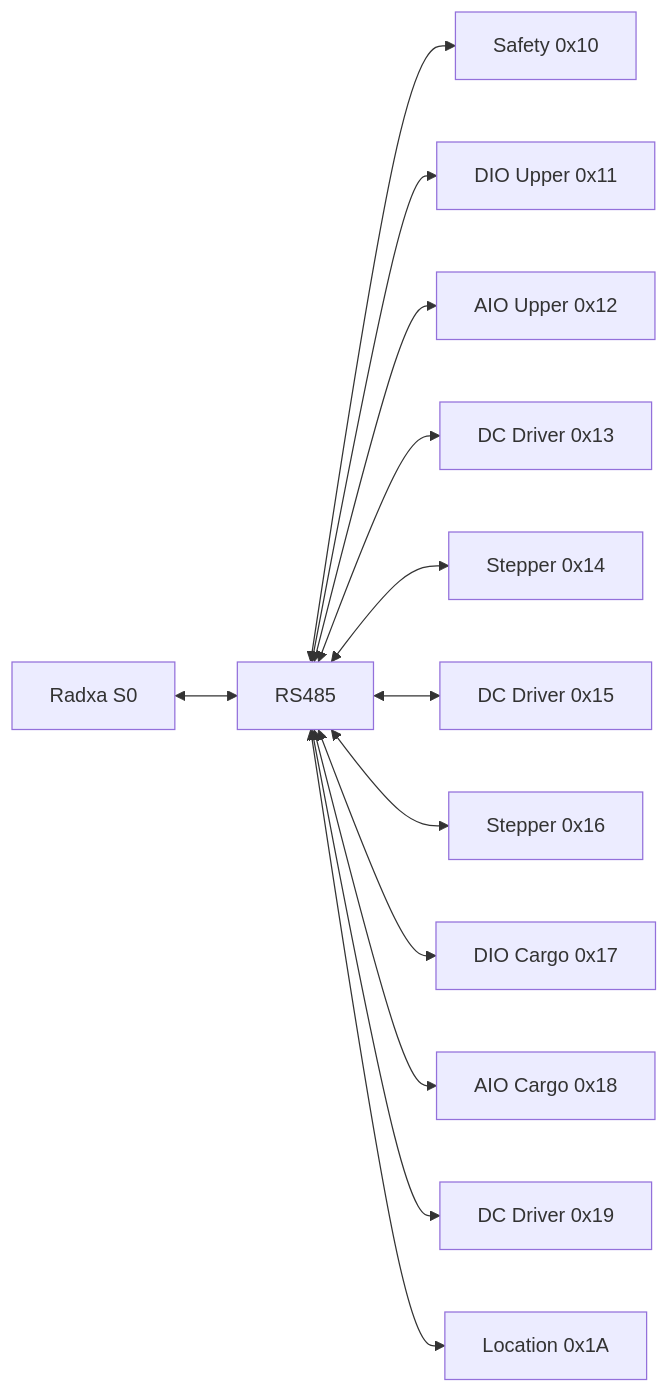
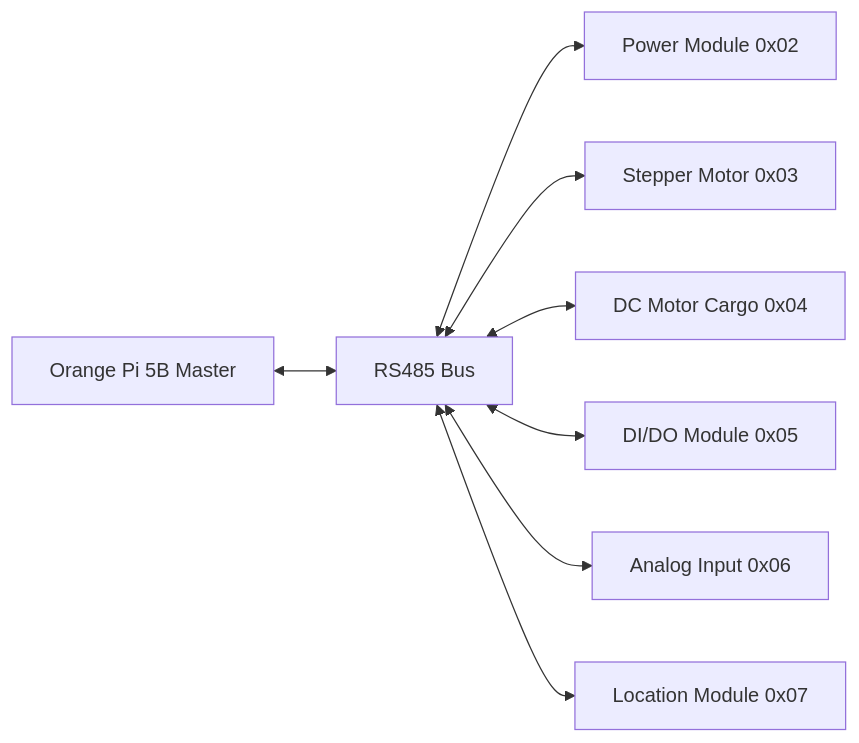
One commit to kimlam2010/OHT_V2 changed the diagram in OHT-50/docs/specs/module_map.md. Above: the diagram before and after it, drawn with Mermaid. The commit also changed other lines of this file and 2 other files, not shown here.

````diff
--- a/OHT-50/docs/specs/module_map.md
+++ b/OHT-50/docs/specs/module_map.md
@@ -36,29 +64,19 @@
 ```mermaid
 flowchart LR
-  CPU["Radxa S0"]
-  BUS["RS485"]
-  U_DIO["DIO Upper 0x11"]
-  U_AIO["AIO Upper 0x12"]
-  DCM1["DC Driver 0x13"]
-  STM1["Stepper 0x14"]
-  DCM2["DC Driver 0x15"]
-  STM2["Stepper 0x16"]
-  C_DIO["DIO Cargo 0x17"]
-  C_AIO["AIO Cargo 0x18"]
-  DCM3["DC Driver 0x19"]
-  SAFE["Safety 0x10"]
-  LOC["Location 0x1A"]
+  MASTER["Orange Pi 5B Master"]
+  BUS["RS485 Bus"]
+  PWR["Power Module 0x02"]
+  STEP["Stepper Motor 0x03"]
+  DC["DC Motor Cargo 0x04"]
+  DIO["DI/DO Module 0x05"]
+  AI["Analog Input 0x06"]
+  LOC["Location Module 0x07"]
 
-  CPU <--> BUS
-  BUS <--> SAFE
-  BUS <--> U_DIO
-  BUS <--> U_AIO
-  BUS <--> DCM1
-  BUS <--> STM1
-  BUS <--> DCM2
-  BUS <--> STM2
-  BUS <--> C_DIO
-  BUS <--> C_AIO
-  BUS <--> DCM3
+  MASTER <--> BUS
+  BUS <--> PWR
+  BUS <--> STEP
+  BUS <--> DC
+  BUS <--> DIO
+  BUS <--> AI
   BUS <--> LOC
 ```
````
